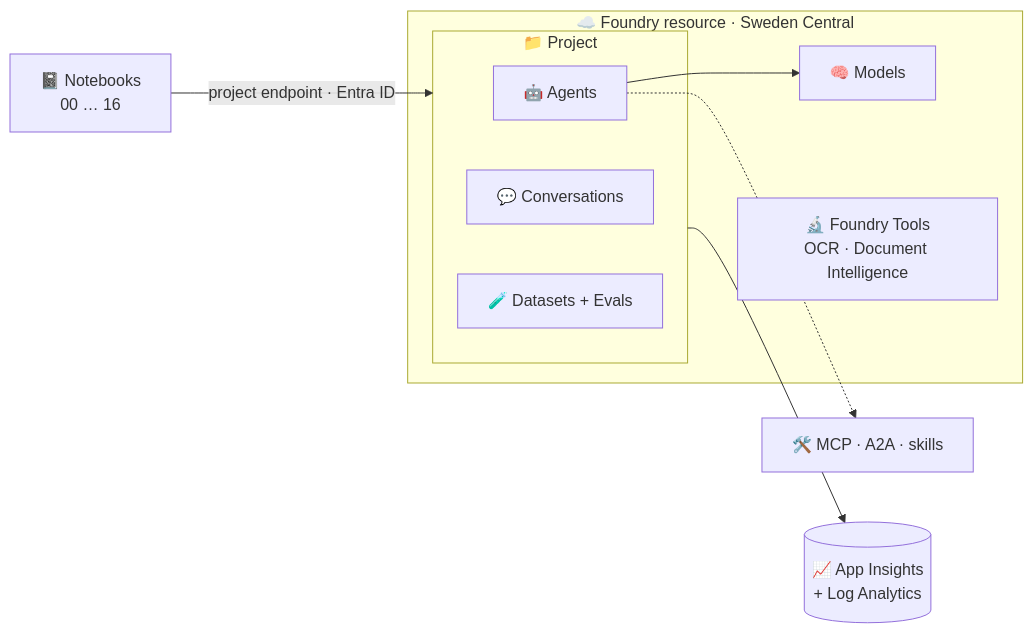
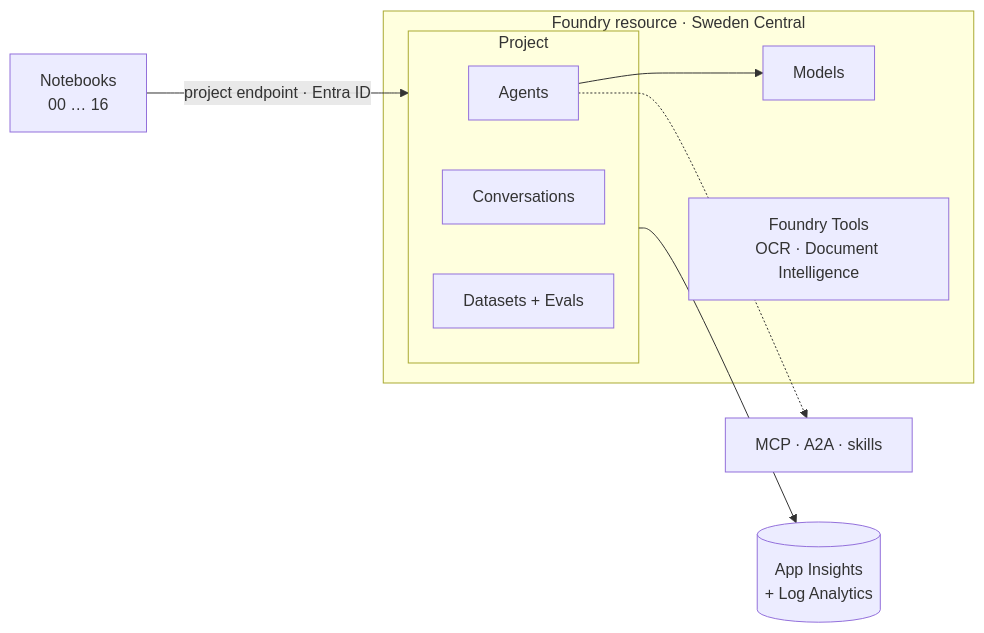
Before and after one commit to nampacx/MS-Foundry-from-0-to-hero: the diagram in README.md, drawn with Mermaid. The commit also changed other lines of this file and 37 other files, not shown here.

````diff
--- a/README.md
+++ b/README.md
@@ -58,16 +58,16 @@
 ```mermaid
 flowchart LR
-  NB[📓 Notebooks<br/>00 … 16] -->|project endpoint · Entra ID| P
-  subgraph F[☁️ Foundry resource · Sweden Central]
-    M[🧠 Models]
-    T[🔬 Foundry Tools<br/>OCR · Document Intelligence]
-    subgraph P[📁 Project]
-      A[🤖 Agents]
-      C[💬 Conversations]
-      E[🧪 Datasets + Evals]
+  NB[Notebooks<br/>00 … 16] -->|project endpoint · Entra ID| P
+  subgraph F[Foundry resource · Sweden Central]
+    M[Models]
+    T[Foundry Tools<br/>OCR · Document Intelligence]
+    subgraph P[Project]
+      A[Agents]
+      C[Conversations]
+      E[Datasets + Evals]
     end
   end
   A --> M
-  A -.-> X[🛠️ MCP · A2A · skills]
-  P --> AI[(📈 App Insights<br/>+ Log Analytics)]
+  A -.-> X[MCP · A2A · skills]
+  P --> AI[(App Insights<br/>+ Log Analytics)]
 ```
````
